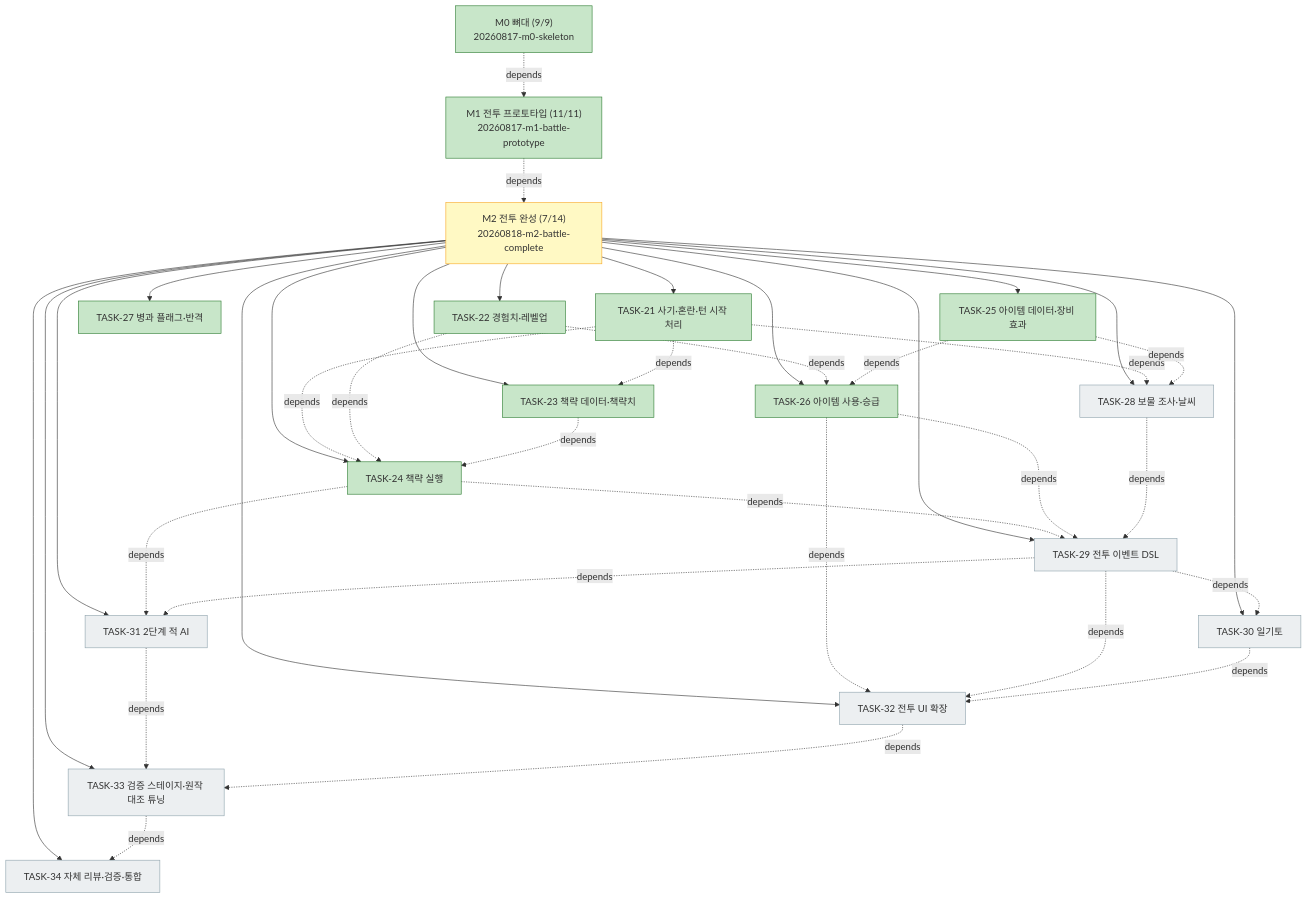
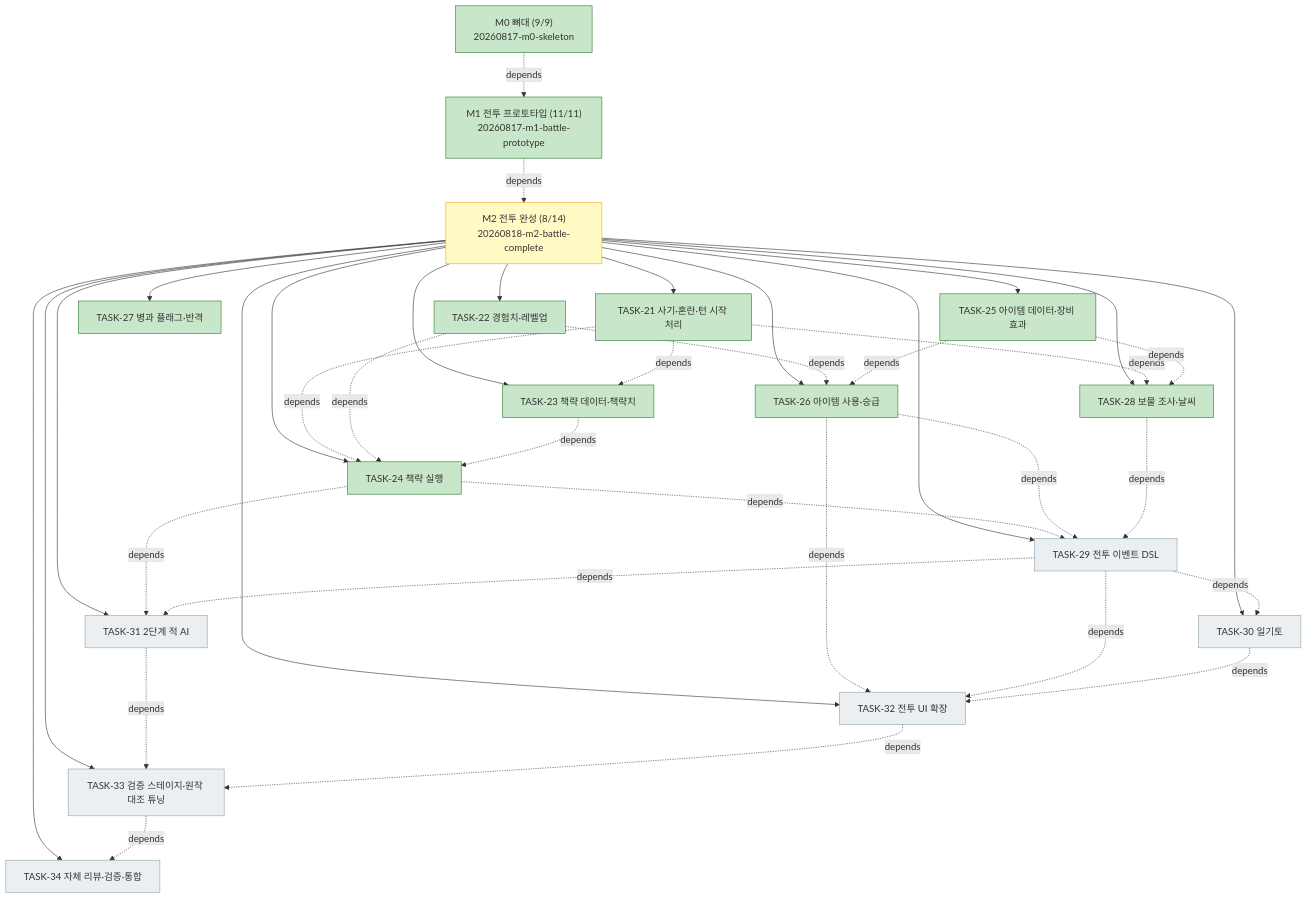
Before and after one commit to bluesky5008/HERO: the diagram in docs/plan.md, drawn with Mermaid. The commit also changed other lines of this file and 12 other files, not shown here.

````diff
--- a/docs/plan.md
+++ b/docs/plan.md
@@ -77,46 +77,46 @@
 ```mermaid
 flowchart TD
     M0["M0 뼈대 (9/9)<br/>20260817-m0-skeleton"]:::done
     M1["M1 전투 프로토타입 (11/11)<br/>20260817-m1-battle-prototype"]:::done
-    M2["M2 전투 완성 (7/14)<br/>20260818-m2-battle-complete"]:::active
+    M2["M2 전투 완성 (8/14)<br/>20260818-m2-battle-complete"]:::active
     M0 -. depends .-> M1
     M1 -. depends .-> M2
     M2 --> T21["TASK-21 사기·혼란·턴 시작 처리"]:::done
     M2 --> T22["TASK-22 경험치·레벨업"]:::done
     M2 --> T23["TASK-23 책략 데이터·책략치"]:::done
     M2 --> T24["TASK-24 책략 실행"]:::done
     M2 --> T25["TASK-25 아이템 데이터·장비 효과"]:::done
     M2 --> T26["TASK-26 아이템 사용·승급"]:::done
     M2 --> T27["TASK-27 병과 플래그·반격"]:::done
-    M2 --> T28["TASK-28 보물 조사·날씨"]:::todo
+    M2 --> T28["TASK-28 보물 조사·날씨"]:::done
     M2 --> T29["TASK-29 전투 이벤트 DSL"]:::todo
     M2 --> T30["TASK-30 일기토"]:::todo
     M2 --> T31["TASK-31 2단계 적 AI"]:::todo
     M2 --> T32["TASK-32 전투 UI 확장"]:::todo
     M2 --> T33["TASK-33 검증 스테이지·원작 대조 튜닝"]:::todo
     M2 --> T34["TASK-34 자체 리뷰·검증·통합"]:::todo
     T21 -. depends .-> T23
     T21 -. depends .-> T24
     T22 -. depends .-> T24
     T23 -. depends .-> T24
     T22 -. depends .-> T26
     T25 -. depends .-> T26
     T21 -. depends .-> T28
     T25 -. depends .-> T28
     T24 -. depends .-> T29
     T26 -. depends .-> T29
     T28 -. depends .-> T29
     T29 -. depends .-> T30
     T24 -. depends .-> T31
     T29 -. depends .-> T31
     T26 -. depends .-> T32
     T29 -. depends .-> T32
     T30 -. depends .-> T32
     T31 -. depends .-> T33
     T32 -. depends .-> T33
     T33 -. depends .-> T34
     classDef done fill:#c8e6c9,stroke:#2e7d32
     classDef active fill:#fff9c4,stroke:#f9a825
     classDef todo fill:#eceff1,stroke:#90a4ae
     classDef gate fill:#ffcdd2,stroke:#c62828
 ```
````
